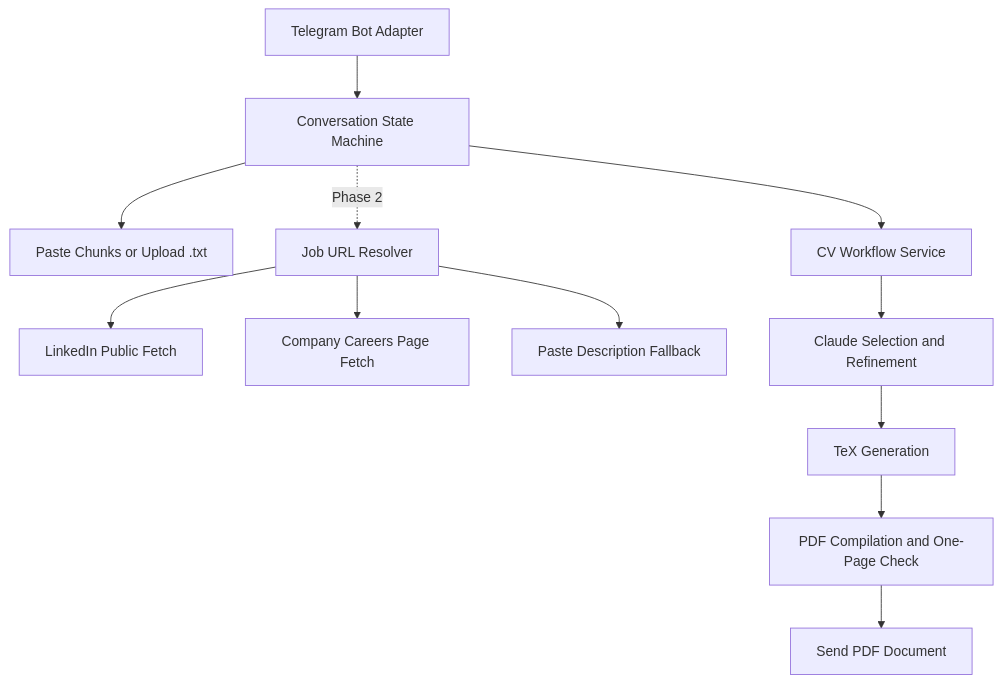
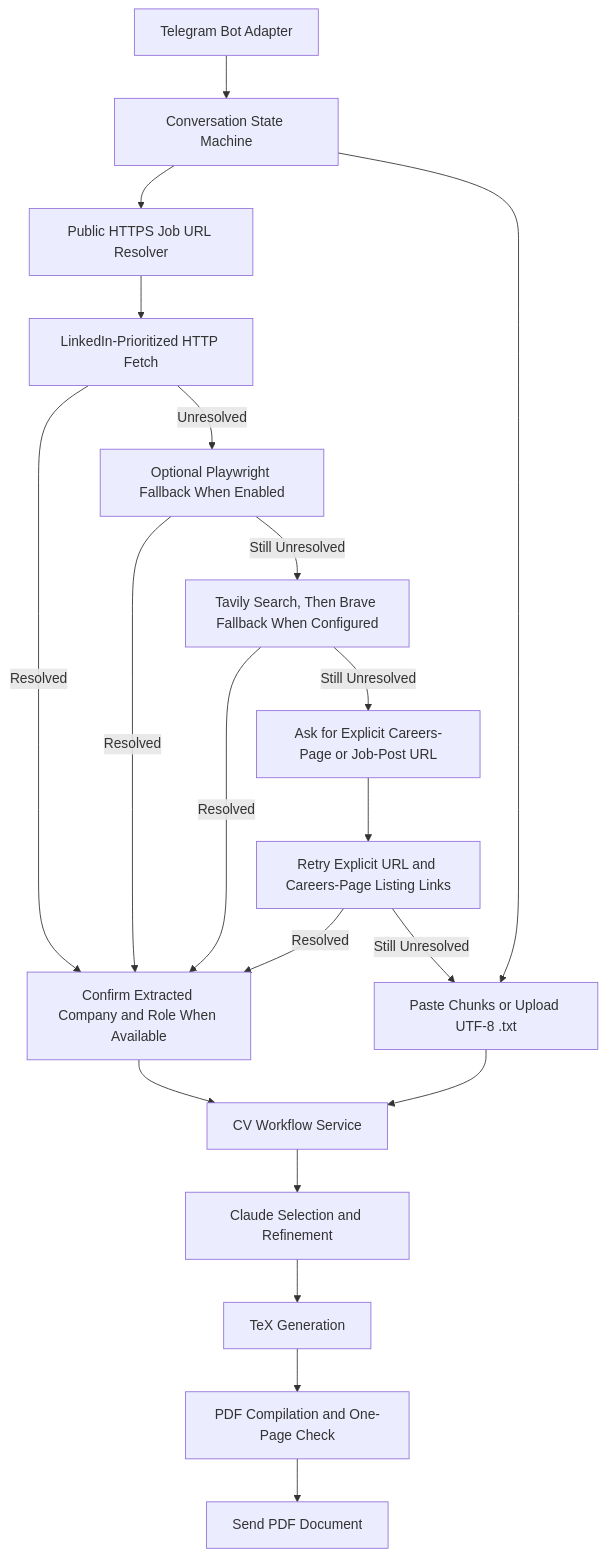
One commit to K-Aditya-25/cv-system changed the diagram in docs/telegram-workflow-plan.md. Above: the diagram before and after it, drawn with Mermaid. The commit also changed other lines of this file and 3 other files, not shown here.

Commit message:
docs(telegram): document Phase 2 URL resolution

````diff
--- a/docs/telegram-workflow-plan.md
+++ b/docs/telegram-workflow-plan.md
@@ -35,14 +41,22 @@
 ```mermaid
 flowchart TD
     A["Telegram Bot Adapter"] --> B["Conversation State Machine"]
-    B --> P["Paste Chunks or Upload .txt"]
-    B -. "Phase 2" .-> C["Job URL Resolver"]
-    C --> D["LinkedIn Public Fetch"]
-    C --> E["Company Careers Page Fetch"]
-    C --> F["Paste Description Fallback"]
-    B --> G["CV Workflow Service"]
+    B --> C["Public HTTPS Job URL Resolver"]
+    B --> P["Paste Chunks or Upload UTF-8 .txt"]
+    C --> D["LinkedIn-Prioritized HTTP Fetch"]
+    D -->|Resolved| S["Confirm Extracted Company and Role When Available"]
+    D -->|Unresolved| E["Optional Playwright Fallback When Enabled"]
+    E -->|Resolved| S
+    E -->|Still Unresolved| F["Tavily Search, Then Brave Fallback When Configured"]
+    F -->|Resolved| S
+    F -->|Still Unresolved| R["Ask for Explicit Careers-Page or Job-Post URL"]
+    R --> X["Retry Explicit URL and Careers-Page Listing Links"]
+    X -->|Resolved| S
+    X -->|Still Unresolved| P
+    S --> G["CV Workflow Service"]
+    P --> G
     G --> H["Claude Selection and Refinement"]
     H --> I["TeX Generation"]
     I --> J["PDF Compilation and One-Page Check"]
     J --> K["Send PDF Document"]
 ```
````
